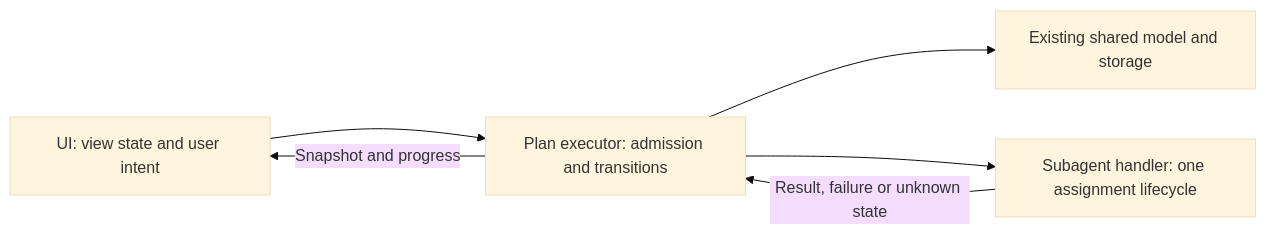
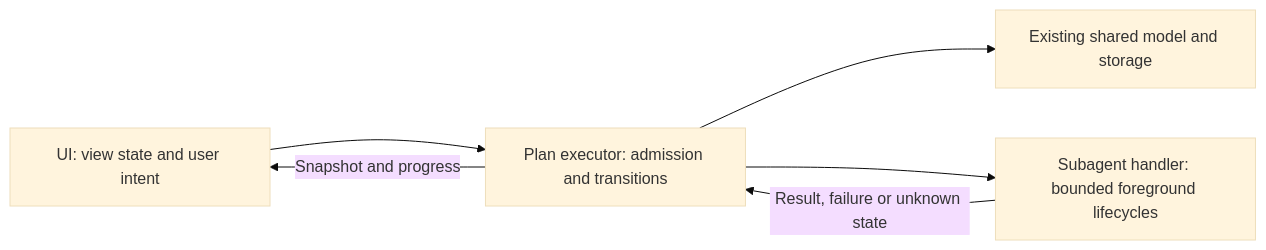
The diagram in skills/hyperion-plan/references/host-contracts.md (javiermolinar/Hyperion-plan), drawn with Mermaid (base theme) before and after one commit. The commit also changed other lines of this file and 14 other files, not shown here.

````diff
--- a/skills/hyperion-plan/references/host-contracts.md
+++ b/skills/hyperion-plan/references/host-contracts.md
@@ -13,8 +13,8 @@
 ```mermaid
 flowchart LR
     UI["UI: view state and user intent"] --> Executor["Plan executor: admission and transitions"]
     Executor --> Core["Existing shared model and storage"]
-    Executor --> Agents["Subagent handler: one assignment lifecycle"]
+    Executor --> Agents["Subagent handler: bounded foreground lifecycles"]
     Agents -->|"Result, failure or unknown state"| Executor
     Executor -->|"Snapshot and progress"| UI
 ```
````
